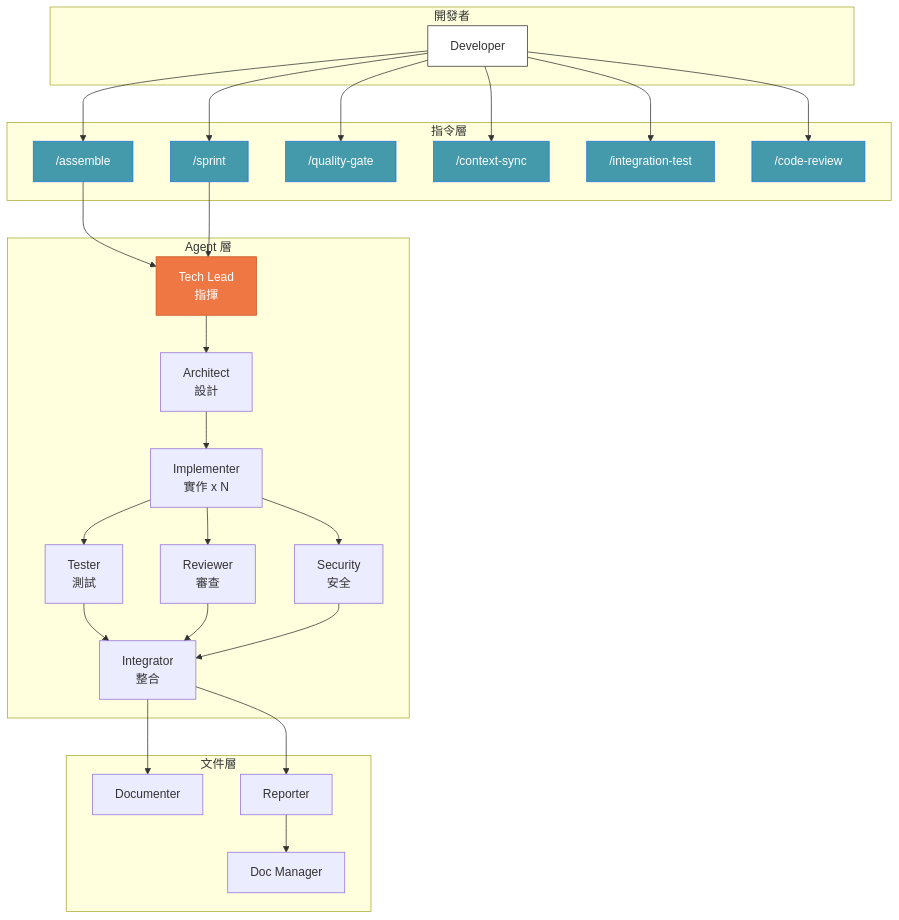
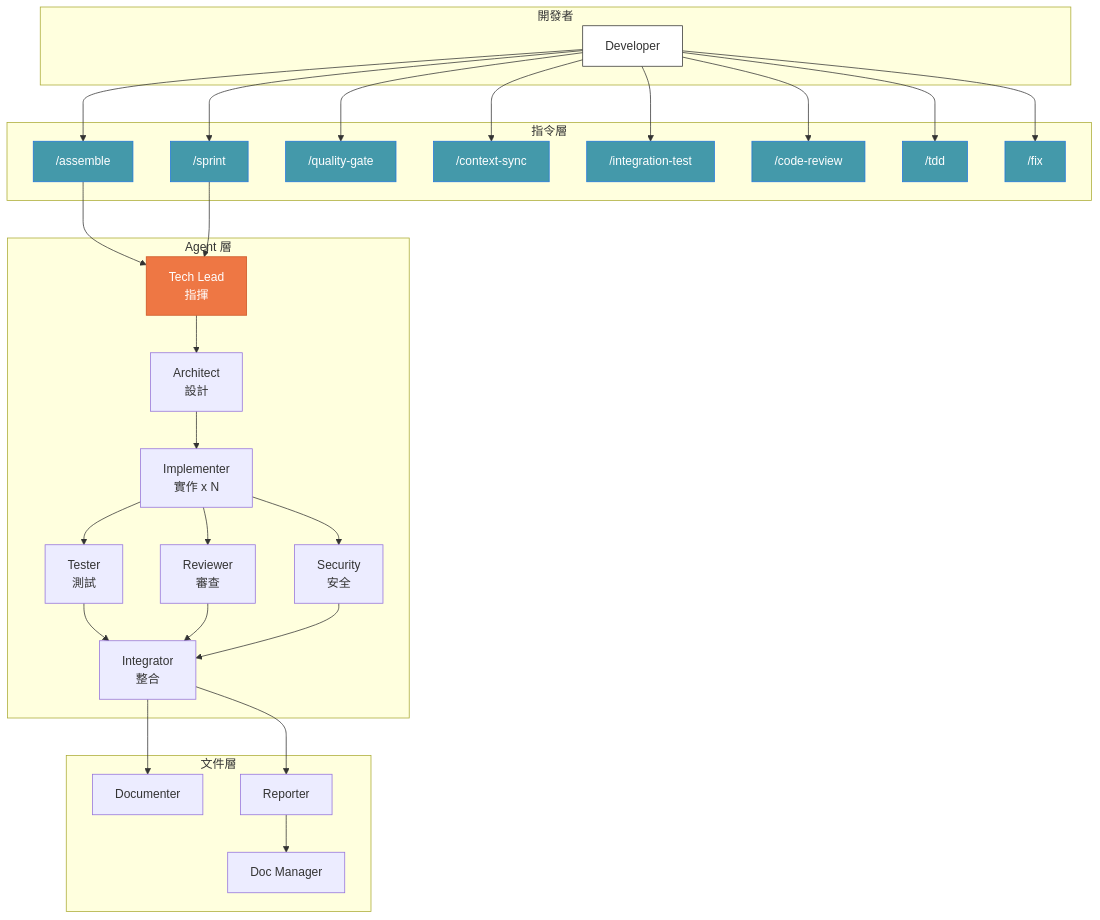
The diagram in README.md (Muheng1992/symbiotic-engineering), drawn with Mermaid before and after one commit. The commit also changed other lines of this file and 15 other files, not shown here.

First line of the commit message:
feat: Add TDD/fix skills, enforce tech-lead delegation and architect plan mode

````diff
--- a/README.md
+++ b/README.md
@@ -92,48 +94,52 @@
 ```mermaid
 graph TB
     subgraph "開發者"
         U["Developer"]
     end
 
     subgraph "指令層"
         S1["/assemble"]
         S2["/sprint"]
         S3["/quality-gate"]
         S4["/context-sync"]
         S5["/integration-test"]
         S6["/code-review"]
+        S7["/tdd"]
+        S8["/fix"]
     end
 
     subgraph "Agent 層"
         TL["Tech Lead<br/>指揮"]
         AR["Architect<br/>設計"]
         IM["Implementer<br/>實作 x N"]
         TE["Tester<br/>測試"]
         RV["Reviewer<br/>審查"]
         SA["Security<br/>安全"]
         IN["Integrator<br/>整合"]
     end
 
     subgraph "文件層"
         DC["Documenter"]
         DM["Doc Manager"]
         RP["Reporter"]
     end
 
-    U --> S1 & S2 & S3 & S4 & S5 & S6
+    U --> S1 & S2 & S3 & S4 & S5 & S6 & S7 & S8
     S1 & S2 --> TL
     TL --> AR --> IM
     IM --> TE & RV & SA
     TE & RV & SA --> IN
     IN --> DC & RP
     RP --> DM
 
     style U fill:#fff,stroke:#333
     style TL fill:#e74,stroke:#c52,color:#fff
     style S1 fill:#49a,stroke:#27d,color:#fff
     style S2 fill:#49a,stroke:#27d,color:#fff
     style S3 fill:#49a,stroke:#27d,color:#fff
     style S4 fill:#49a,stroke:#27d,color:#fff
     style S5 fill:#49a,stroke:#27d,color:#fff
     style S6 fill:#49a,stroke:#27d,color:#fff
+    style S7 fill:#49a,stroke:#27d,color:#fff
+    style S8 fill:#49a,stroke:#27d,color:#fff
 ```
````
